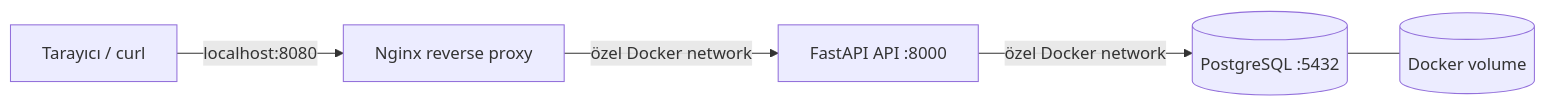
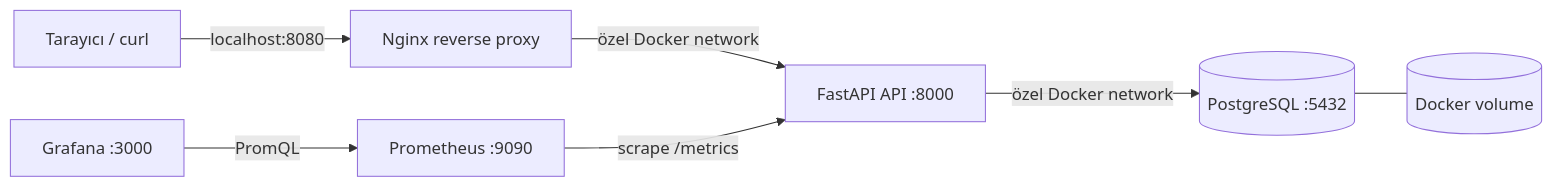
One commit to negativexq/terraform-docker-infrastructure-lab changed the diagram in README.md. Above: the diagram before and after it, drawn with Mermaid. The commit also changed other lines of this file and 13 other files, not shown here.

Commit message:
feat: add Prometheus and Grafana observability

````diff
--- a/README.md
+++ b/README.md
@@ -9,7 +9,9 @@
 ```mermaid
 flowchart LR
     Client[Tarayıcı / curl] -->|localhost:8080| Nginx[Nginx reverse proxy]
     Nginx -->|özel Docker network| API[FastAPI API :8000]
     API -->|özel Docker network| DB[(PostgreSQL :5432)]
     DB --- Volume[(Docker volume)]
+    Prom[Prometheus :9090] -->|scrape /metrics| API
+    Grafana[Grafana :3000] -->|PromQL| Prom
 ```
````
